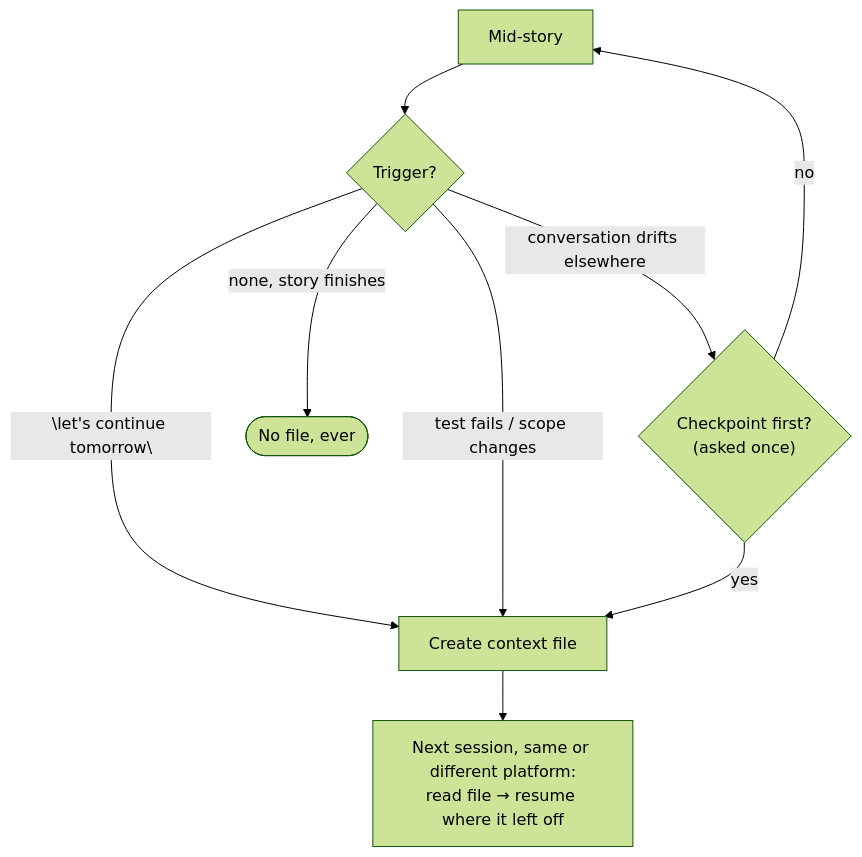
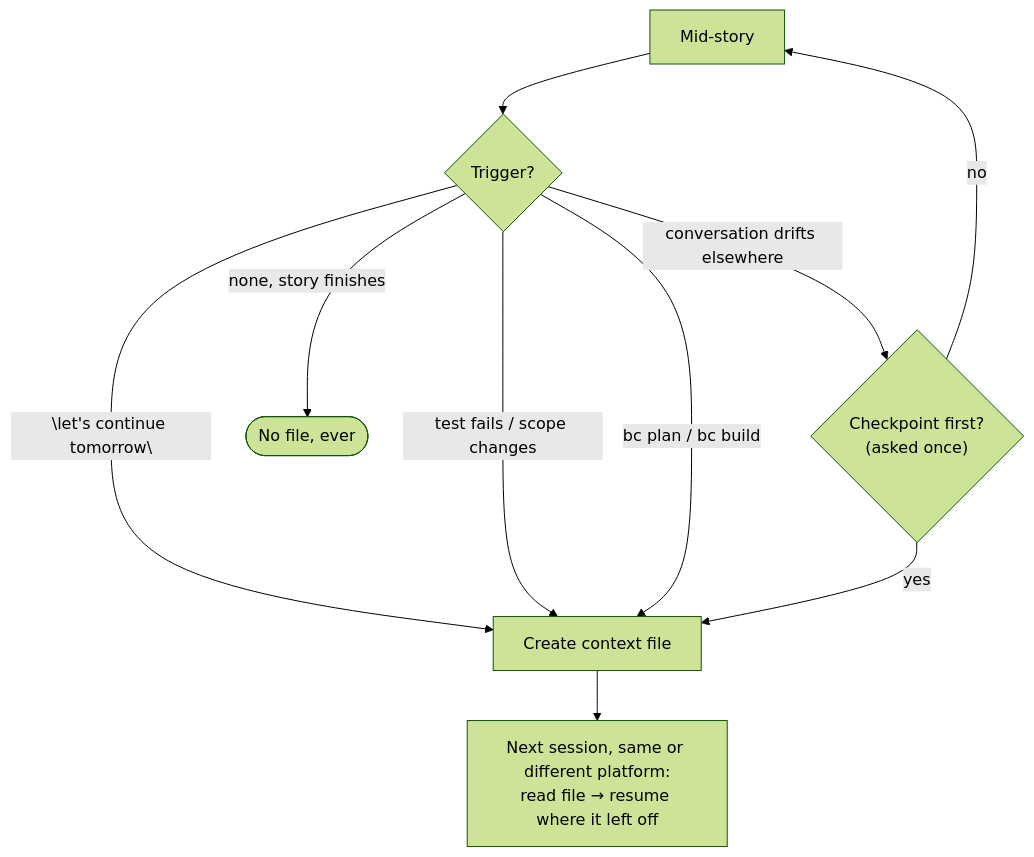
The second of 2 diagrams in README.md (alias01/breadcrumbs), drawn with Mermaid (forest theme) before and after one commit. The commit also changed other lines of this file and 13 other files, not shown here.

````diff
--- a/README.md
+++ b/README.md
@@ -48,12 +48,13 @@
 ```mermaid
 flowchart TD
     W[Mid-story] --> Trig{Trigger?}
     Trig -- "\"let's continue tomorrow\"" --> C[Create context file]
     Trig -- "test fails / scope changes" --> C
+    Trig -- "bc plan / bc build" --> C
     Trig -- "conversation drifts elsewhere" --> Ask{"Checkpoint first?<br/>(asked once)"}
     Ask -- yes --> C
     Ask -- no --> W
     Trig -- none, story finishes --> None([No file, ever])
 
     C --> R["Next session, same or different platform:<br/>read file → resume where it left off"]
 ```
````
